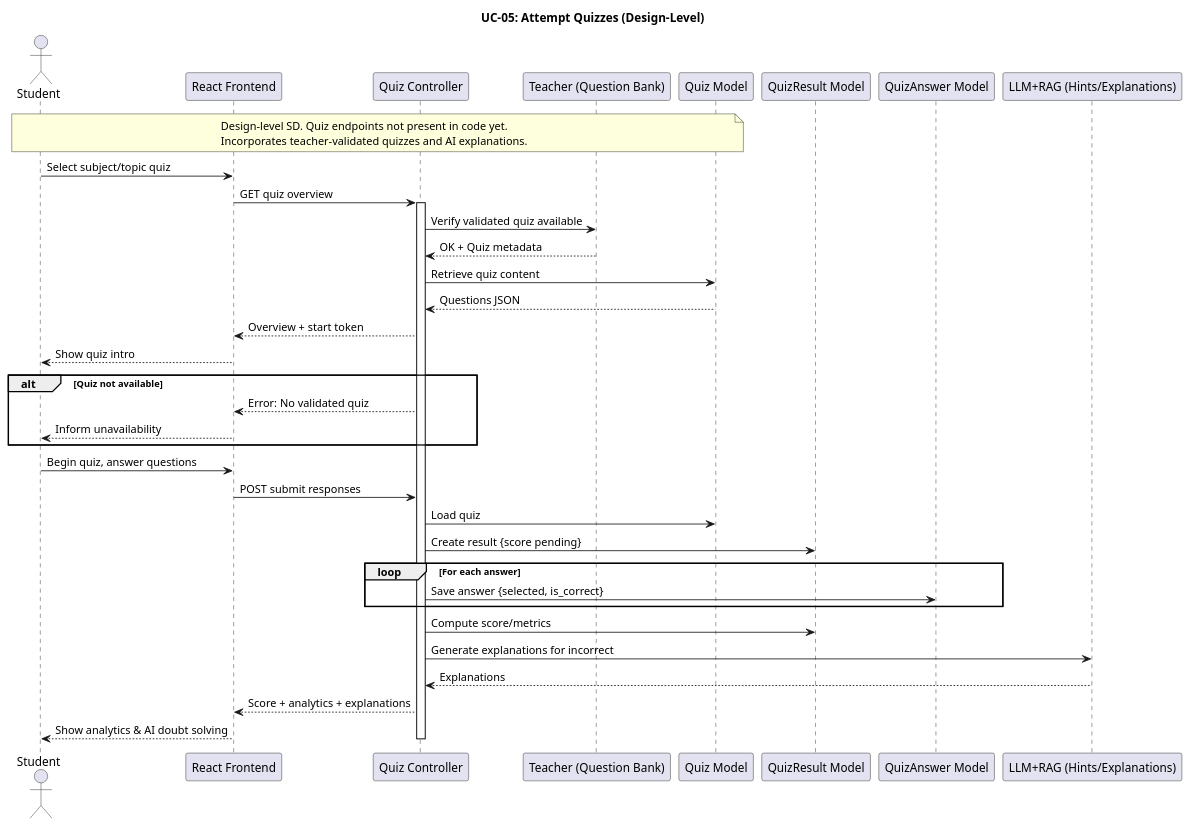
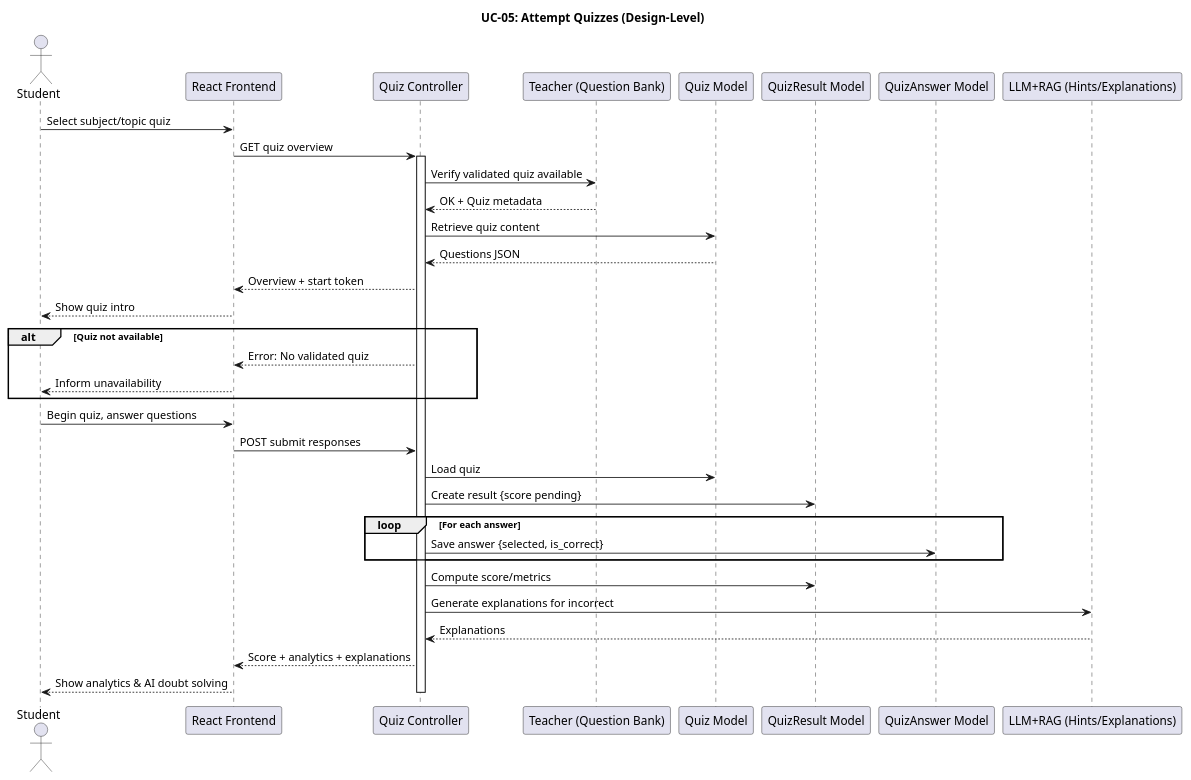
The diagram in planttext/uc05-attempt-quizzes.puml (MMMustafakamran/SDs), drawn with PlantUML before and after one commit. The commit also changed 15 other files, not shown here.

```diff
--- a/planttext/uc05-attempt-quizzes.puml
+++ b/planttext/uc05-attempt-quizzes.puml
@@ -1,54 +1,50 @@
 @startuml
 title UC-05: Attempt Quizzes (Design-Level)
 
 actor Student
 participant Frontend as "React Frontend"
 participant QuizAPI as "Quiz Controller"
 participant Teacher as "Teacher (Question Bank)"
 participant Quiz as "Quiz Model"
 participant QuizResult as "QuizResult Model"
 participant QuizAnswer as "QuizAnswer Model"
 participant LLM as "LLM+RAG (Hints/Explanations)"
 
-note over Student, Quiz
-Design-level SD. Quiz endpoints not present in code yet.
-Incorporates teacher-validated quizzes and AI explanations.
-end note
 
 '======================
 ' Start quiz
 '======================
 Student -> Frontend : Select subject/topic quiz
 Frontend -> QuizAPI : GET quiz overview
 activate QuizAPI
 QuizAPI -> Teacher : Verify validated quiz available
 Teacher --> QuizAPI : OK + Quiz metadata
 QuizAPI -> Quiz : Retrieve quiz content
 Quiz --> QuizAPI : Questions JSON
 QuizAPI --> Frontend : Overview + start token
 Frontend --> Student : Show quiz intro
 
 alt Quiz not available
     QuizAPI --> Frontend : Error: No validated quiz
     Frontend --> Student : Inform unavailability
 end
 
 '======================
 ' Attempt and submit
 '======================
 Student -> Frontend : Begin quiz, answer questions
 Frontend -> QuizAPI : POST submit responses
 QuizAPI -> Quiz : Load quiz
 QuizAPI -> QuizResult : Create result {score pending}
 loop For each answer
     QuizAPI -> QuizAnswer : Save answer {selected, is_correct}
 end
 QuizAPI -> QuizResult : Compute score/metrics
 QuizAPI -> LLM : Generate explanations for incorrect
 LLM --> QuizAPI : Explanations
 QuizAPI --> Frontend : Score + analytics + explanations
 Frontend --> Student : Show analytics & AI doubt solving
 
 deactivate QuizAPI
 
 @enduml
```
